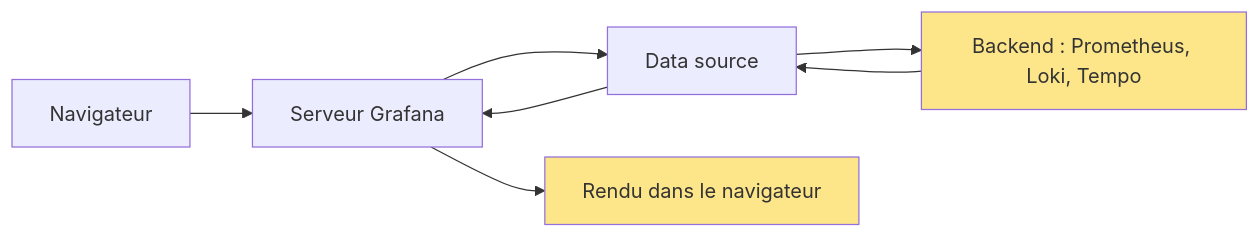
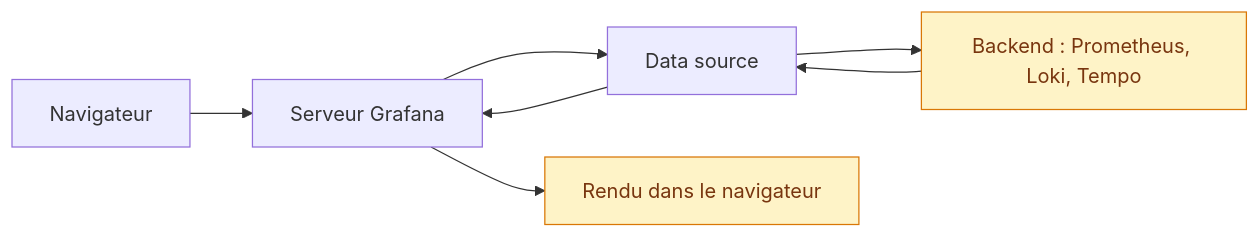
One commit to Gooseppr/GevOps_LC changed the diagram in courses/grafana/30_performance_cardinalite.md. Above: the diagram before and after it, drawn with Mermaid. The commit also changed 56 other files, not shown here.

````diff
--- a/courses/grafana/30_performance_cardinalite.md
+++ b/courses/grafana/30_performance_cardinalite.md
@@ -45,11 +45,11 @@
 ```mermaid
 flowchart LR
     A[Navigateur] --> B[Serveur Grafana]
     B --> C[Data source]
     C --> D[Backend : Prometheus, Loki, Tempo]
     D --> C
     C --> B
     B --> E[Rendu dans le navigateur]
-    style D fill:#fde68a
-    style E fill:#fde68a
+    style D fill:#fef3c7,stroke:#d97706,color:#78350f
+    style E fill:#fef3c7,stroke:#d97706,color:#78350f
 ```
````
